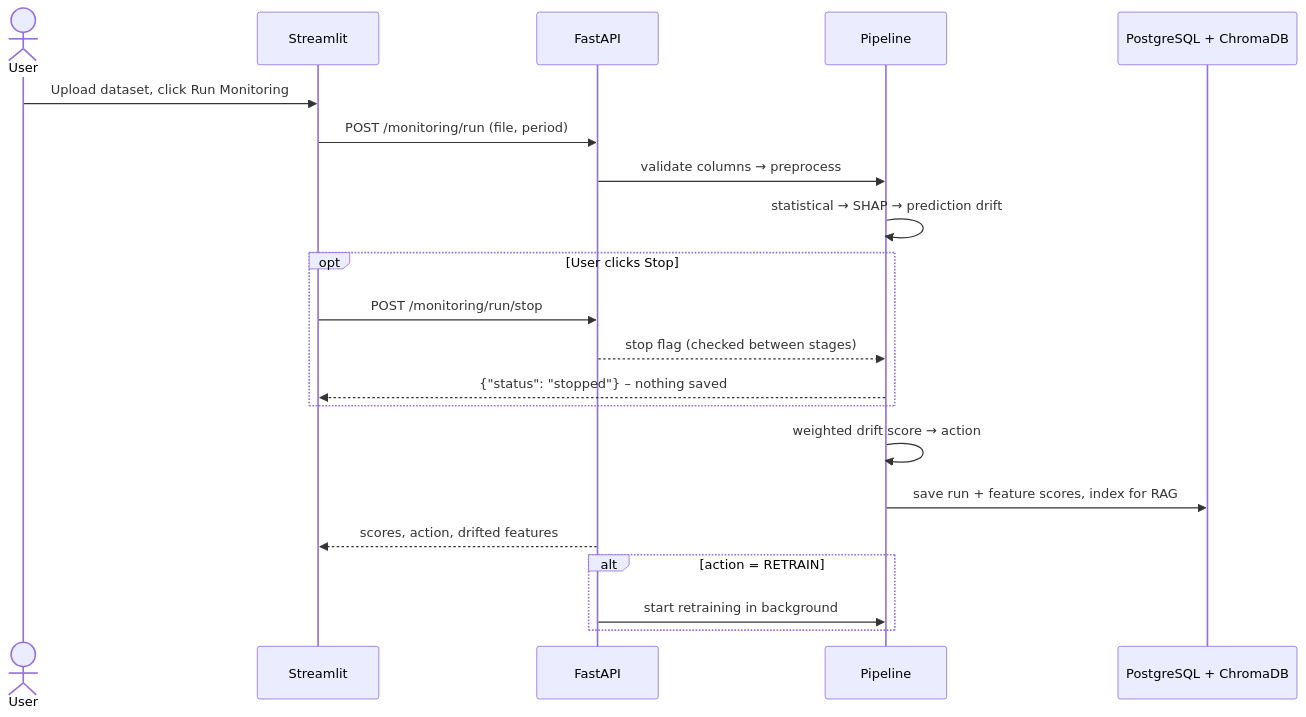
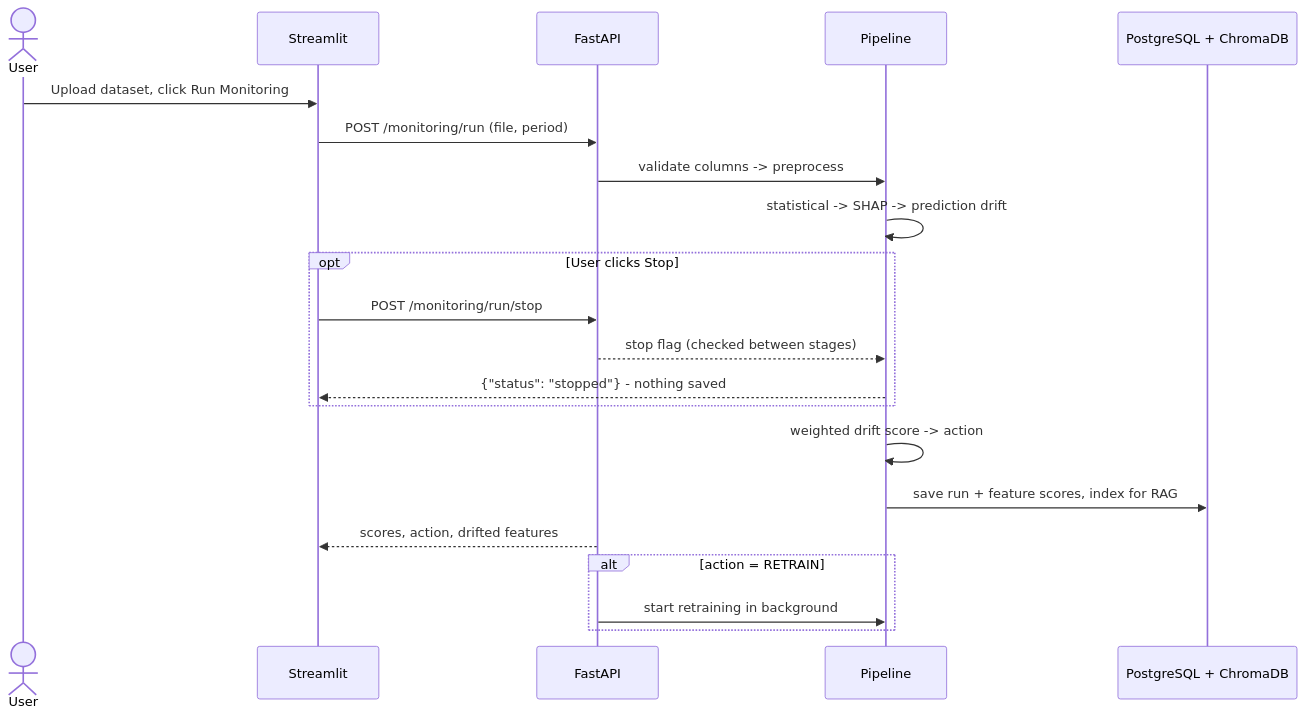
One commit to mohvijayjain/Sentinel-AI changed the third of 4 diagrams in README.md. Above: the diagram before and after it, drawn with Mermaid. The commit also changed other lines of this file, not shown here.

Commit message:
README: use plain-text Mermaid diagrams so GitHub renders them

````diff
--- a/README.md
+++ b/README.md
@@ -103,24 +103,24 @@
 ```mermaid
 sequenceDiagram
     actor U as User
     participant UI as Streamlit
     participant API as FastAPI
     participant PL as Pipeline
     participant DB as PostgreSQL + ChromaDB
 
     U->>UI: Upload dataset, click Run Monitoring
     UI->>API: POST /monitoring/run (file, period)
-    API->>PL: validate columns → preprocess
-    PL->>PL: statistical → SHAP → prediction drift
+    API->>PL: validate columns -> preprocess
+    PL->>PL: statistical -> SHAP -> prediction drift
     opt User clicks Stop
         UI->>API: POST /monitoring/run/stop
         API-->>PL: stop flag (checked between stages)
-        PL-->>UI: {"status": "stopped"} – nothing saved
+        PL-->>UI: {"status": "stopped"} - nothing saved
     end
-    PL->>PL: weighted drift score → action
+    PL->>PL: weighted drift score -> action
     PL->>DB: save run + feature scores, index for RAG
     API-->>UI: scores, action, drifted features
     alt action = RETRAIN
         API->>PL: start retraining in background
     end
 ```
````
